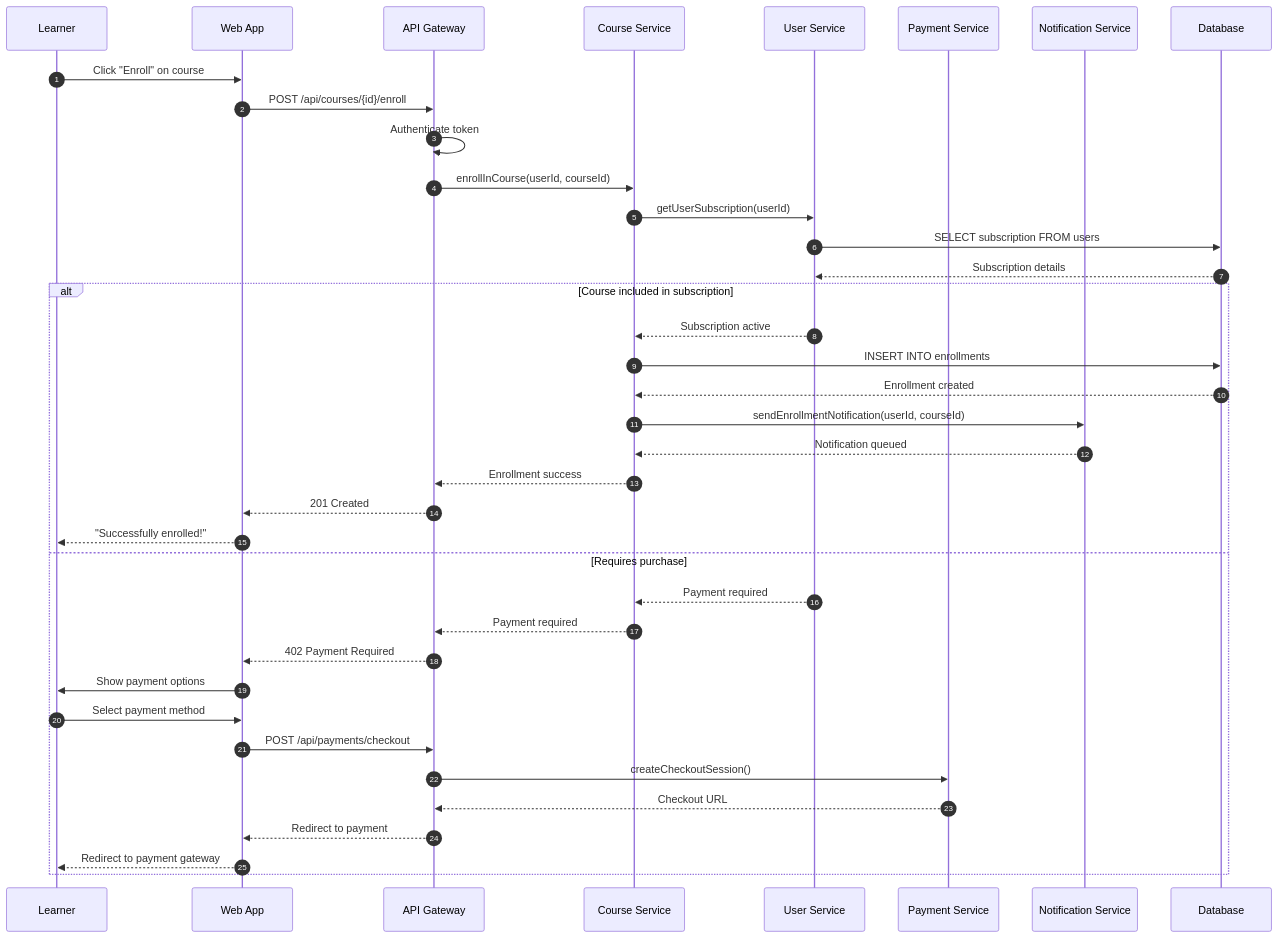
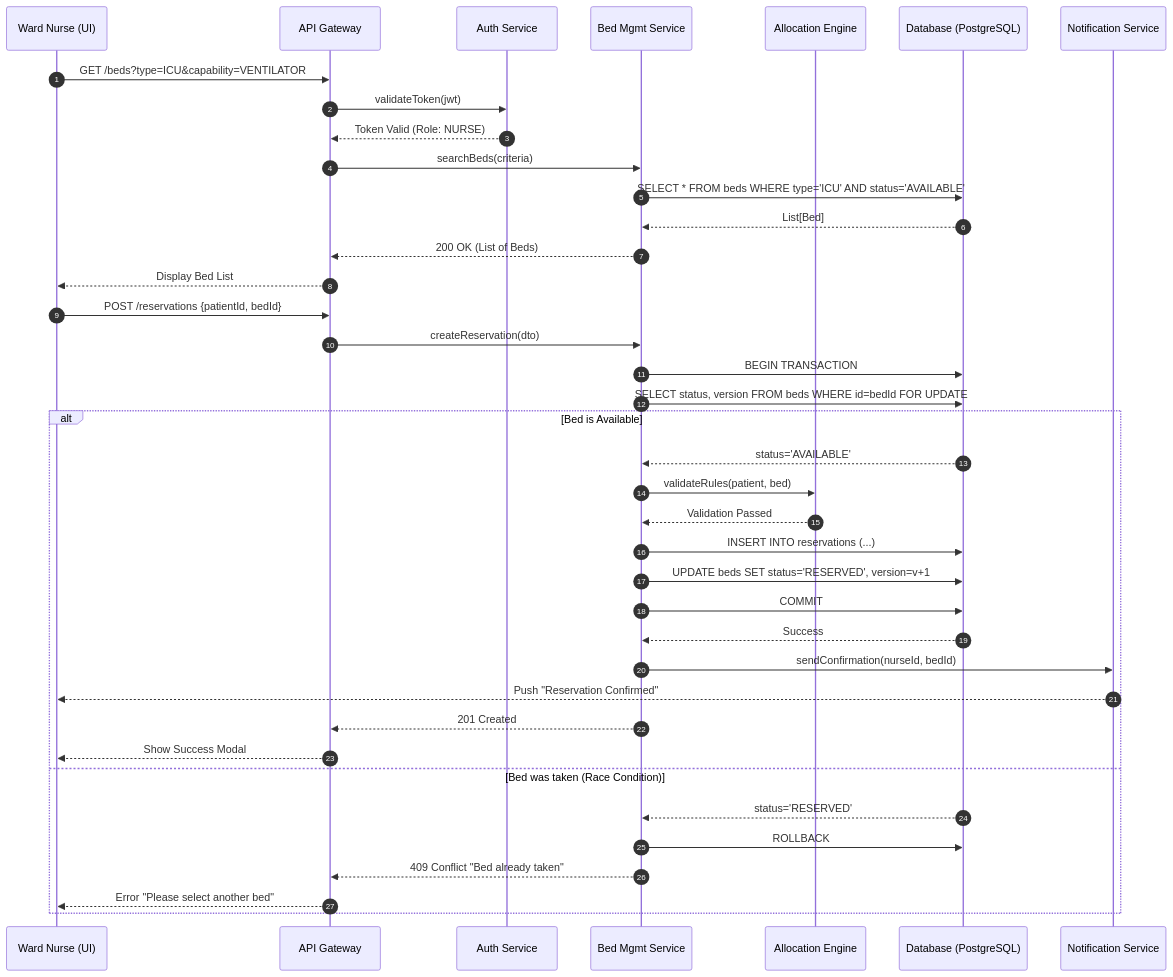
Before and after one commit to adityasinghz/kata-3: the first of 4 diagrams in SEQUENCE_DIAGRAMS.md, drawn with Mermaid. The commit also changed other lines of this file and 12 other files, not shown here.

````diff
--- a/SEQUENCE_DIAGRAMS.md
+++ b/SEQUENCE_DIAGRAMS.md
@@ -20,42 +18,47 @@
 ```mermaid
 sequenceDiagram
     autonumber
-    participant L as Learner
-    participant UI as Web App
-    participant GW as API Gateway
-    participant CS as Course Service
-    participant US as User Service
-    participant PS as Payment Service
-    participant NS as Notification Service
-    participant DB as Database
+    participant Nurse as Ward Nurse (UI)
+    participant API as API Gateway
+    participant Auth as Auth Service
+    participant BedSvc as Bed Mgmt Service
+    participant AllocSvc as Allocation Engine
+    participant DB as Database (PostgreSQL)
+    participant Notif as Notification Service
 
-    L->>UI: Click "Enroll" on course
-    UI->>GW: POST /api/courses/{id}/enroll
-    GW->>GW: Authenticate token
-    GW->>CS: enrollInCourse(userId, courseId)
-    CS->>US: getUserSubscription(userId)
-    US->>DB: SELECT subscription FROM users
-    DB-->>US: Subscription details
+    Nurse->>API: GET /beds?type=ICU&capability=VENTILATOR
+    API->>Auth: validateToken(jwt)
+    Auth-->>API: Token Valid (Role: NURSE)
+    API->>BedSvc: searchBeds(criteria)
+    BedSvc->>DB: SELECT * FROM beds WHERE type='ICU' AND status='AVAILABLE'
+    DB-->>BedSvc: List[Bed]
+    BedSvc-->>API: 200 OK (List of Beds)
+    API-->>Nurse: Display Bed List
+
+    Nurse->>API: POST /reservations {patientId, bedId}
+    API->>BedSvc: createReservation(dto)
     
-    alt Course included in subscription
-        US-->>CS: Subscription active
-        CS->>DB: INSERT INTO enrollments
-        DB-->>CS: Enrollment created
-        CS->>NS: sendEnrollmentNotification(userId, courseId)
-        NS-->>CS: Notification queued
-        CS-->>GW: Enrollment success
-        GW-->>UI: 201 Created
-        UI-->>L: "Successfully enrolled!"
-    else Requires purchase
-        US-->>CS: Payment required
-        CS-->>GW: Payment required
-        GW-->>UI: 402 Payment Required
-        UI->>L: Show payment options
-        L->>UI: Select payment method
-        UI->>GW: POST /api/payments/checkout
-        GW->>PS: createCheckoutSession()
-        PS-->>GW: Checkout URL
-        GW-->>UI: Redirect to payment
-        UI-->>L: Redirect to payment gateway
+    BedSvc->>DB: BEGIN TRANSACTION
+    BedSvc->>DB: SELECT status, version FROM beds WHERE id=bedId FOR UPDATE
+    
+    alt Bed is Available
+        DB-->>BedSvc: status='AVAILABLE'
+        BedSvc->>AllocSvc: validateRules(patient, bed)
+        AllocSvc-->>BedSvc: Validation Passed
+        
+        BedSvc->>DB: INSERT INTO reservations (...)
+        BedSvc->>DB: UPDATE beds SET status='RESERVED', version=v+1
+        BedSvc->>DB: COMMIT
+        DB-->>BedSvc: Success
+        
+        BedSvc->>Notif: sendConfirmation(nurseId, bedId)
+        Notif-->>Nurse: Push "Reservation Confirmed"
+        BedSvc-->>API: 201 Created
+        API-->>Nurse: Show Success Modal
+    else Bed was taken (Race Condition)
+        DB-->>BedSvc: status='RESERVED'
+        BedSvc->>DB: ROLLBACK
+        BedSvc-->>API: 409 Conflict "Bed already taken"
+        API-->>Nurse: Error "Please select another bed"
     end
 ```
````
